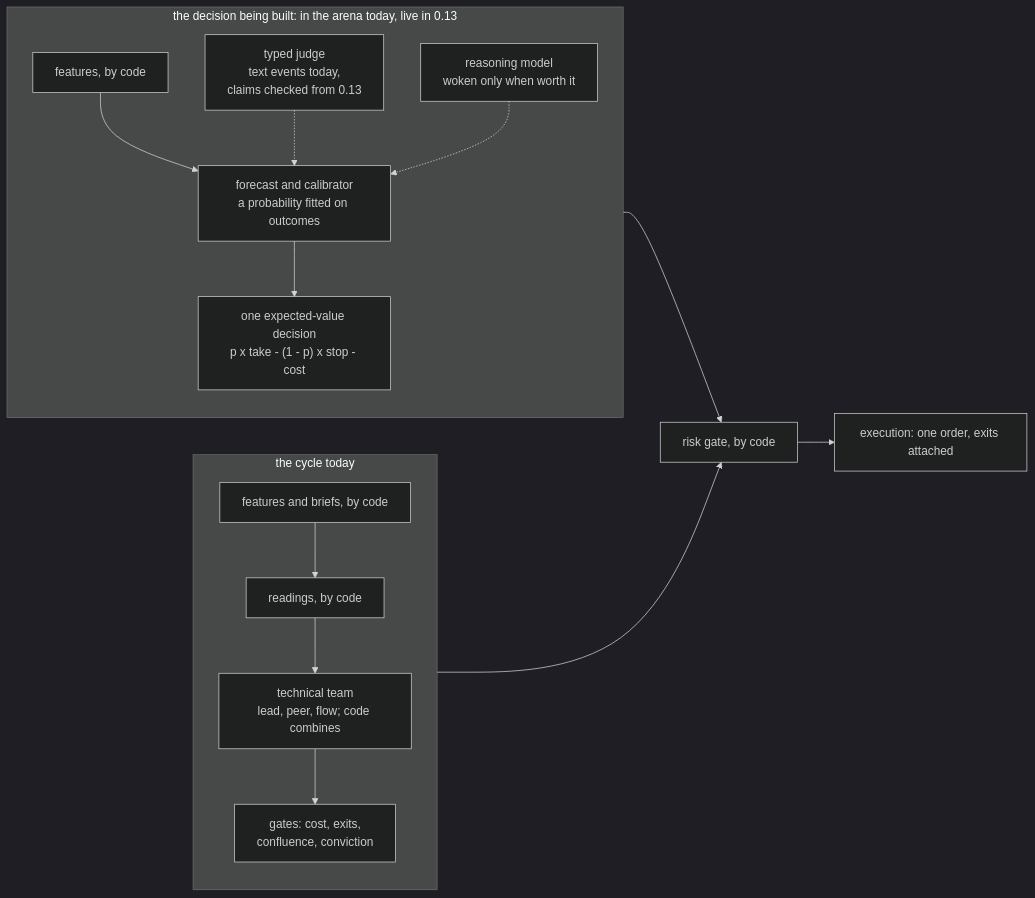
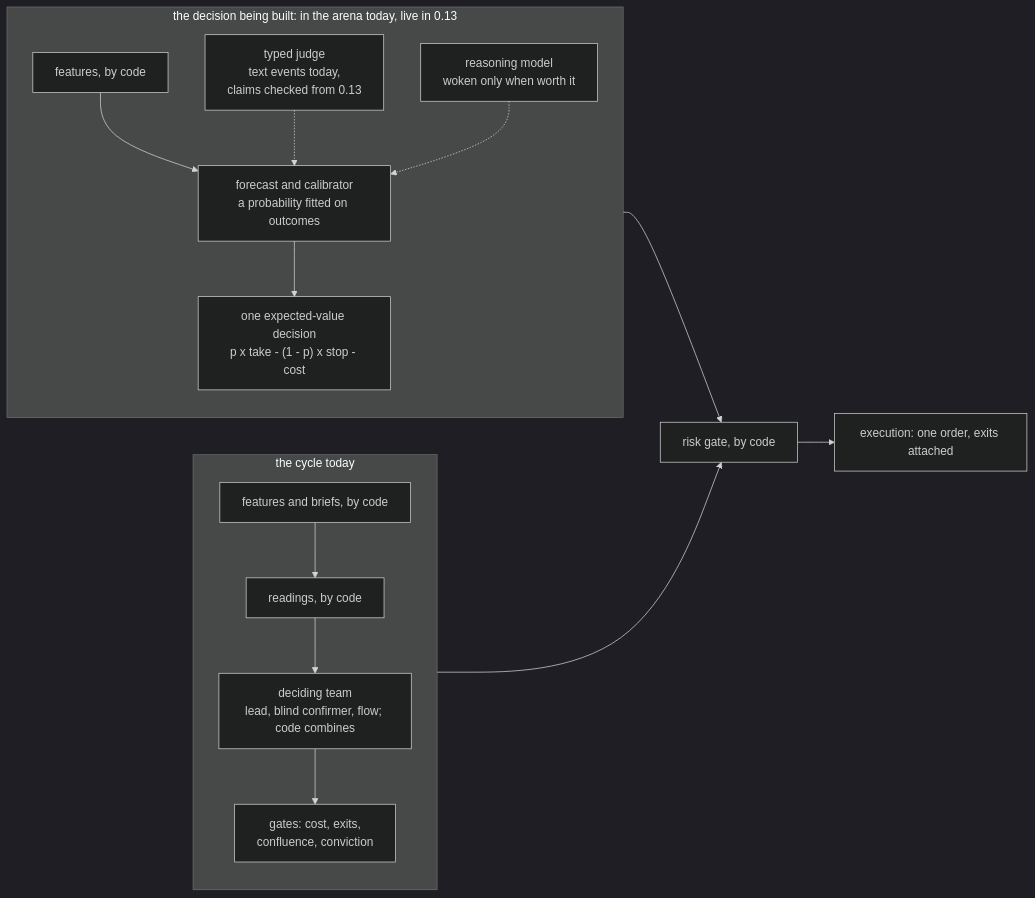
One commit to BijectiveLabs/bitra changed the second of 3 diagrams in docs/opensource/architecture.md. Above: the diagram before and after it, drawn with Mermaid (dark theme). The commit also changed other lines of this file and 95 other files, not shown here.

Commit message:
Seats named for what they answer for: structure_lead, blind_confirmer, flow_specialist, outcome_assessor; old names still read

````diff
--- a/docs/opensource/architecture.md
+++ b/docs/opensource/architecture.md
@@ -215,19 +215,19 @@
 ```mermaid
 flowchart LR
     subgraph now["the cycle today"]
         direction TB
         f1["features and briefs, by code"] --> r1["readings, by code"]
-        r1 --> m1["technical team<br/>lead, peer, flow; code combines"]
+        r1 --> m1["deciding team<br/>lead, blind confirmer, flow; code combines"]
         m1 --> g1["gates: cost, exits,<br/>confluence, conviction"]
     end
     subgraph next["the decision being built: in the arena today, live in 0.13"]
         direction TB
         f2["features, by code"] --> fc["forecast and calibrator<br/>a probability fitted on outcomes"]
         j2["typed judge<br/>text events today,<br/>claims checked from 0.13"] -.-> fc
         s2["reasoning model<br/>woken only when worth it"] -.-> fc
         fc --> ev["one expected-value decision<br/>p x take - (1 - p) x stop - cost"]
     end
     g1 --> gate["risk gate, by code"]
     ev --> gate
     gate --> ex["execution: one order, exits attached"]
 ```
````
